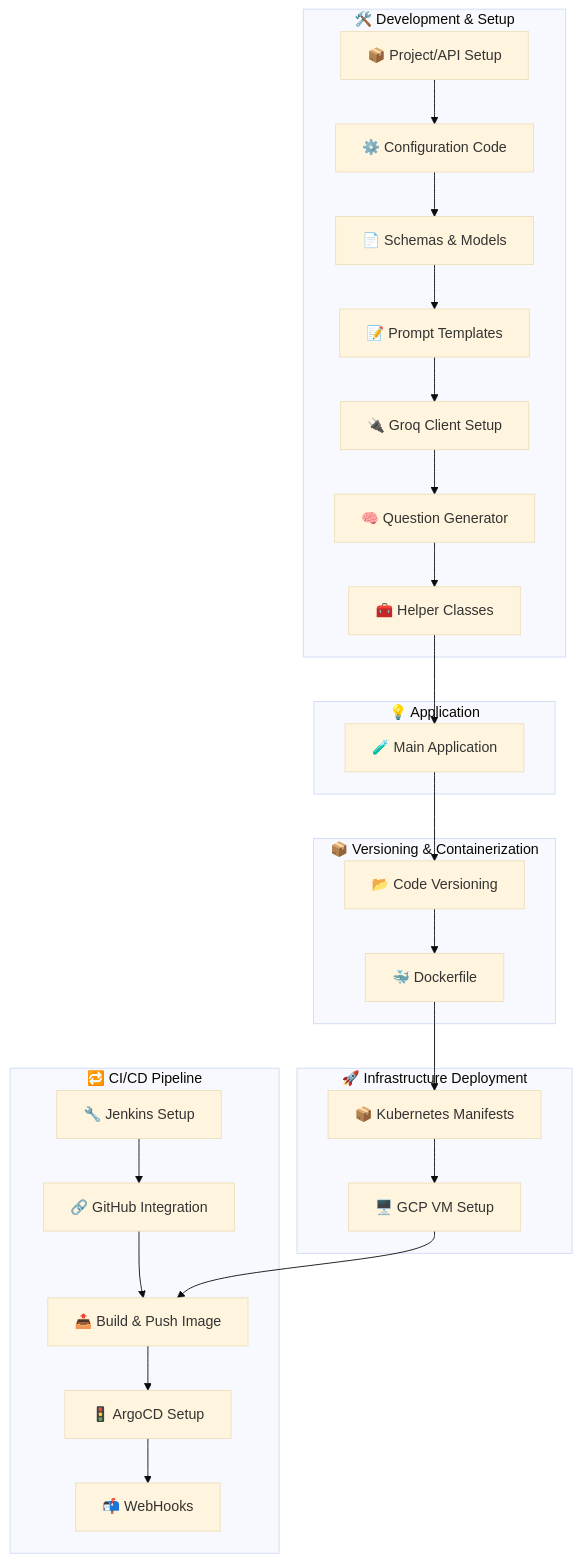
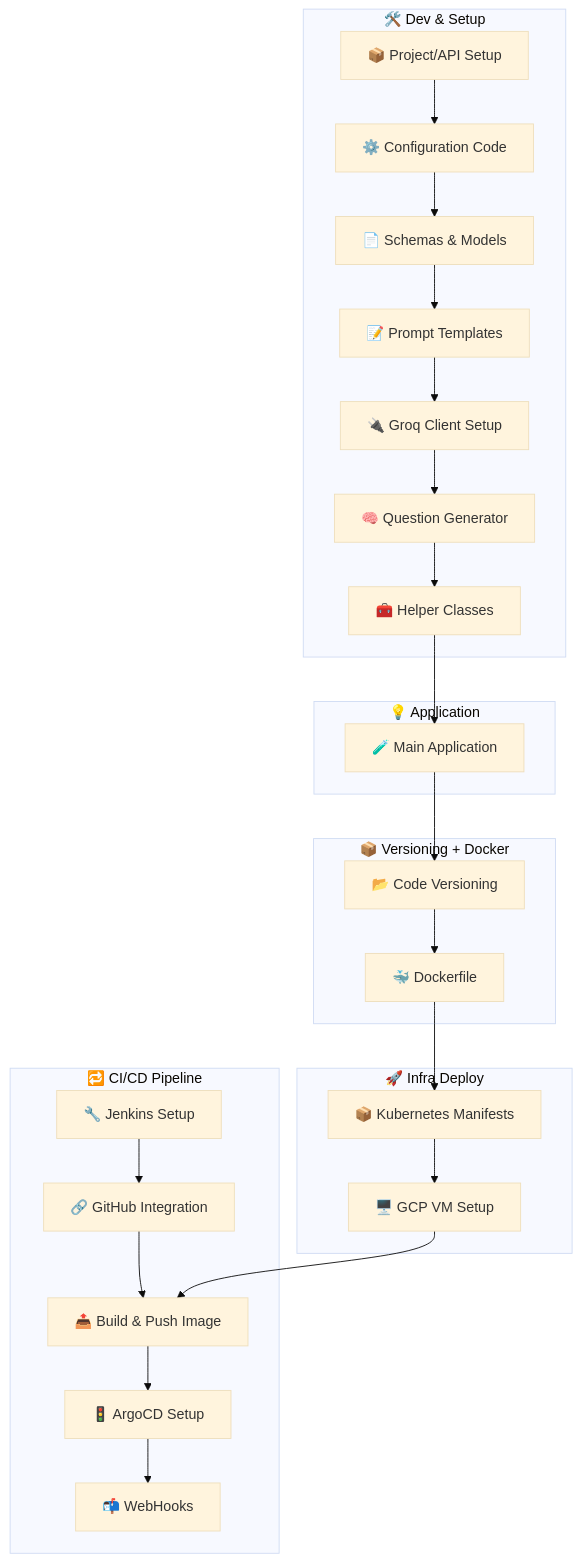
One commit to aimldinesh/ASKGENIE changed the diagram in README.md. Above: the diagram before and after it, drawn with Mermaid (base theme).

Commit message:
readme updated

````diff
--- a/README.md
+++ b/README.md
@@ -32,44 +32,44 @@
 ```mermaid
     flowchart TD
-        subgraph "🛠️ Development & Setup"
+        subgraph "🛠️ Dev & Setup"
             A1[📦 Project/API Setup]
             A2[⚙️ Configuration Code]
             A3[📄 Schemas & Models]
             A4[📝 Prompt Templates]
             A5[🔌 Groq Client Setup]
             A6[🧠 Question Generator]
             A7[🧰 Helper Classes]
             A1 --> A2 --> A3 --> A4 --> A5 --> A6 --> A7
         end
 
         subgraph "💡 Application"
             B1[🧪 Main Application]
         end
 
-        subgraph "📦 Versioning & Containerization"
+        subgraph "📦 Versioning + Docker"
             C1[📂 Code Versioning]
             C2[🐳 Dockerfile]
             C1 --> C2
         end
 
-        subgraph "🚀 Infrastructure Deployment"
+        subgraph "🚀 Infra Deploy"
             D1[📦 Kubernetes Manifests]
             D2[🖥️ GCP VM Setup]
             D1 --> D2
         end
 
         subgraph "🔁 CI/CD Pipeline"
             E1[🔧 Jenkins Setup]
             E2[🔗 GitHub Integration]
             E3[📤 Build & Push Image]
             E4[🚦 ArgoCD Setup]
             E5[📬 WebHooks]
             E1 --> E2 --> E3 --> E4 --> E5
         end
 
         A7 --> B1
         B1 --> C1
         C2 --> D1
         D2 --> E3
 
 ```
````
